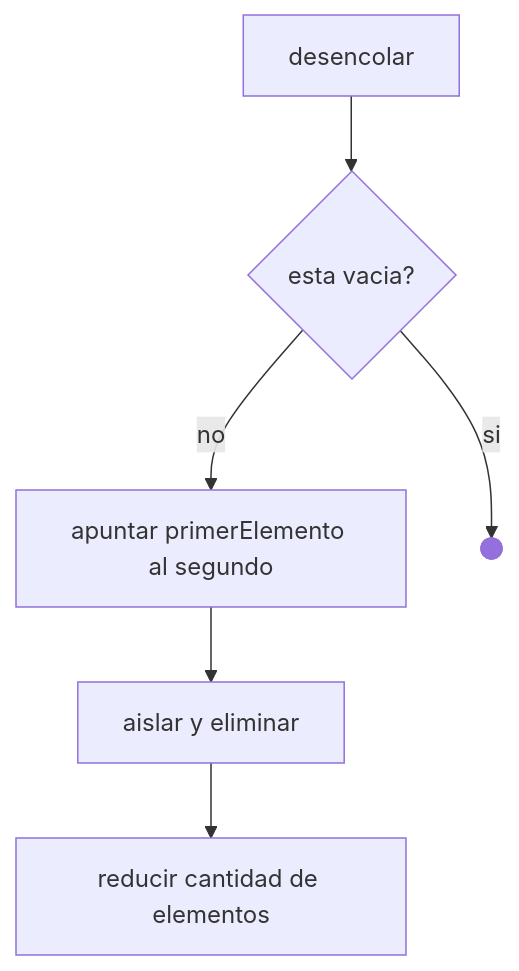
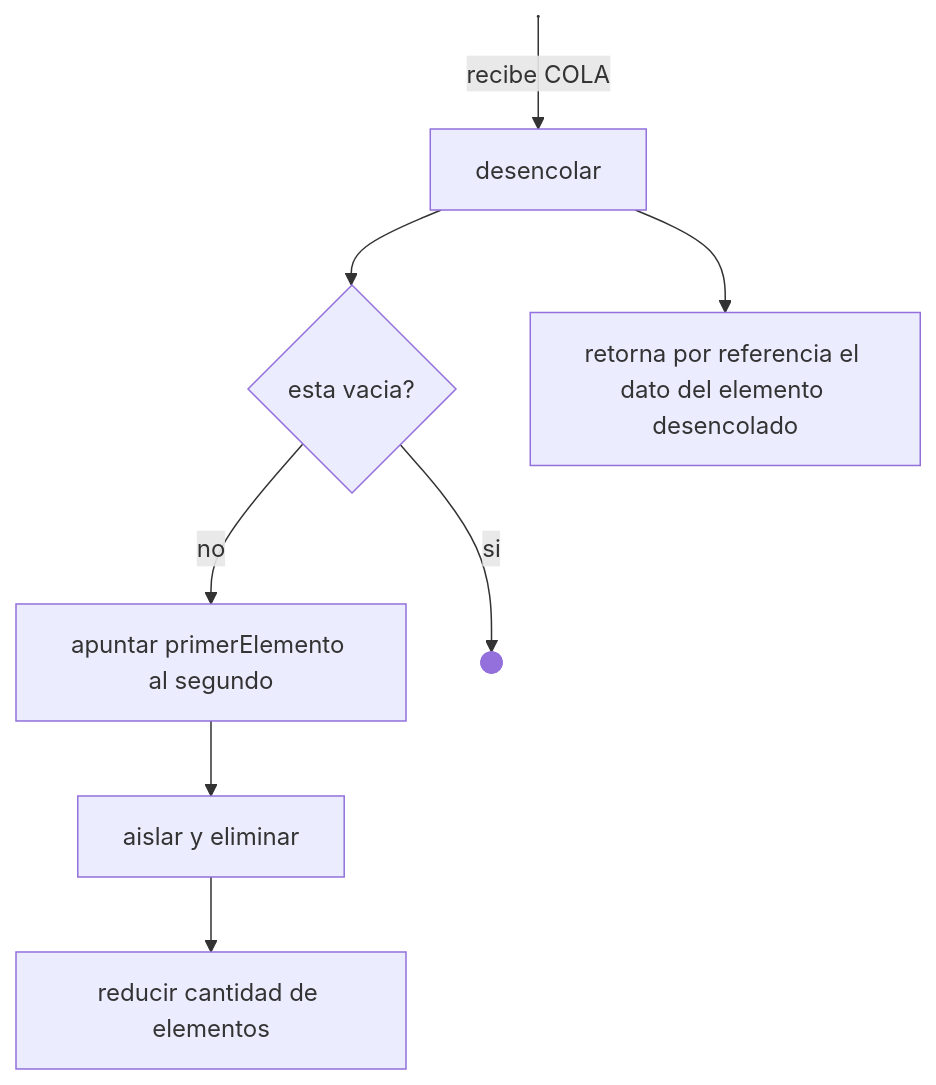
One commit to mletelle/ape_tad changed the fourth of 6 diagrams in README.md. Above: the diagram before and after it, drawn with Mermaid. The commit also changed other lines of this file, not shown here.

````diff
--- a/README.md
+++ b/README.md
@@ -57,11 +59,13 @@
 ```mermaid
 flowchart TD
-    A["desencolar"] --> n1["esta vacia?"]
+    A["desencolar"] --> n1["esta vacia?"] & n9["retorna por referencia el dato del elemento desencolado"]
     n1 -- no --> n2["apuntar primerElemento al segundo"]
     n2 --> n5["aislar y eliminar"]
     n5 --> n6["reducir cantidad de elementos"]
     n1 -- si --> n7["Untitled Node"]
+    n8["Untitled Node"] -- recibe COLA --> A
 
     n1@{ shape: diam}
     n7@{ shape: f-circ}
+    n8@{ shape: anchor}
 ```
````
